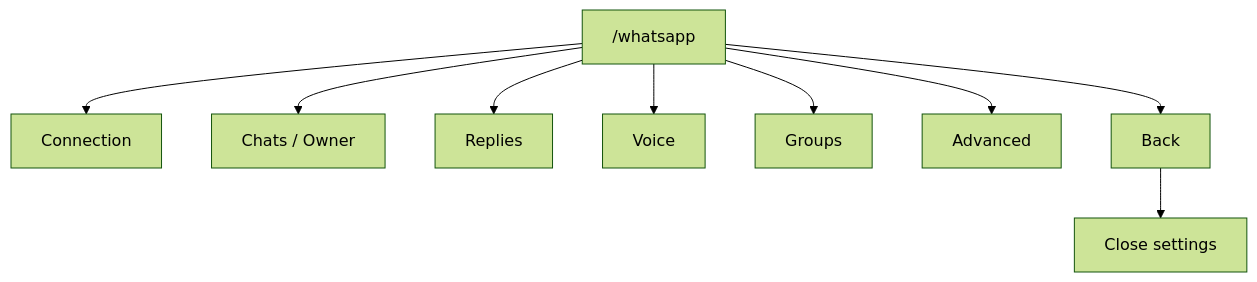
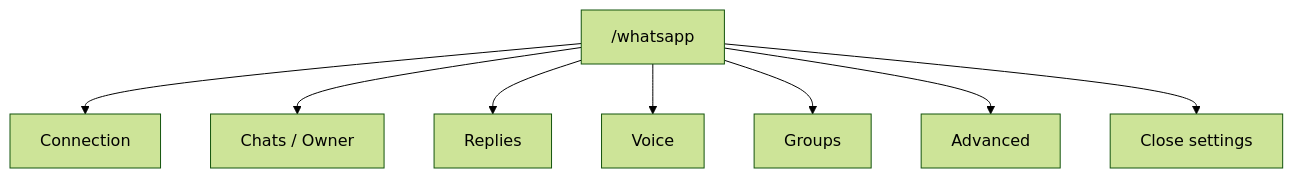
The first of 11 diagrams in docs/menu-diagrams.md (jagaliano/whatsapp-ng), drawn with Mermaid (forest theme) before and after one commit. The commit also changed other lines of this file and 33 other files, not shown here.

````diff
--- a/docs/menu-diagrams.md
+++ b/docs/menu-diagrams.md
@@ -17,12 +19,11 @@
 ```mermaid
 flowchart TB
     Root["/whatsapp"]
     Root --> Connection["Connection"]
     Root --> Chats["Chats / Owner"]
     Root --> Replies["Replies"]
     Root --> Voice["Voice"]
     Root --> Groups["Groups"]
     Root --> Advanced["Advanced"]
-    Root --> Back["Back"]
-    Back --> Closed["Close settings"]
+    Root --> Closed["Close settings"]
 ```
````
